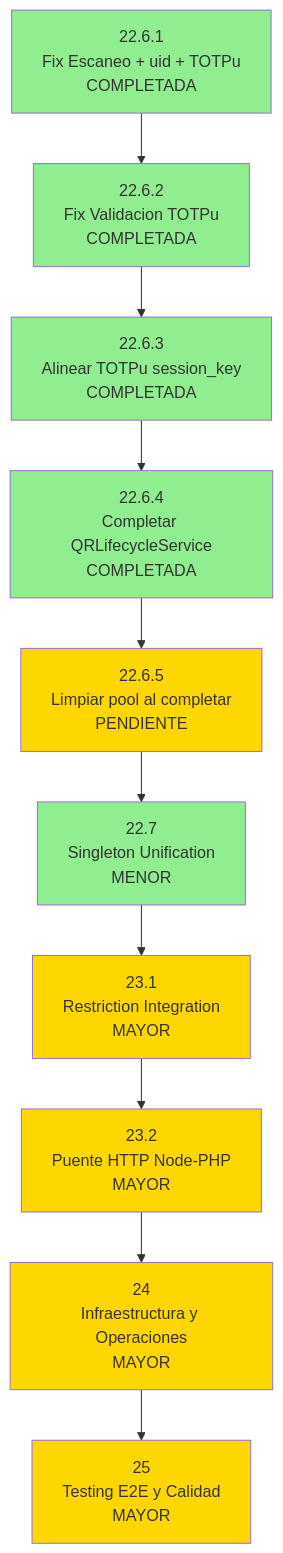
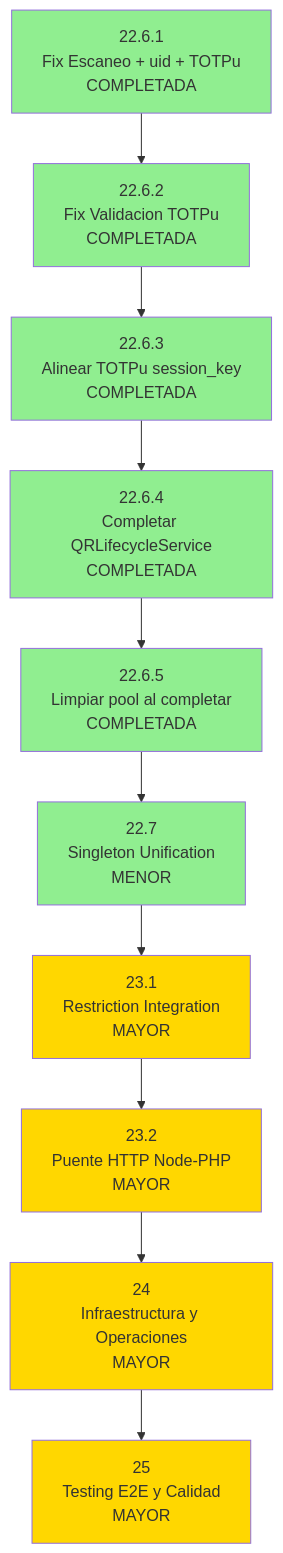
The diagram in ROADMAP.md (Ragnarsss/capstone-backend), drawn with Mermaid before and after one commit. The commit also changed other lines of this file and 4 other files, not shown here.

First line of the commit message:
feat(attendance): limpiar pool al completar asistencia

````diff
--- a/ROADMAP.md
+++ b/ROADMAP.md
@@ -59,34 +59,34 @@
 ```mermaid
 flowchart TB
     P0[22.6.1<br/>Fix Escaneo + uid + TOTPu<br/>COMPLETADA]
     P1[22.6.2<br/>Fix Validacion TOTPu<br/>COMPLETADA]
     P1_1[22.6.3<br/>Alinear TOTPu session_key<br/>COMPLETADA]
     P1_2[22.6.4<br/>Completar QRLifecycleService<br/>COMPLETADA]
-    P1_3[22.6.5<br/>Limpiar pool al completar<br/>PENDIENTE]
+    P1_3[22.6.5<br/>Limpiar pool al completar<br/>COMPLETADA]
     P2[22.7<br/>Singleton Unification<br/>MENOR]
     P3[23.1<br/>Restriction Integration<br/>MAYOR]
     P4[23.2<br/>Puente HTTP Node-PHP<br/>MAYOR]
     P5[24<br/>Infraestructura y Operaciones<br/>MAYOR]
     P6[25<br/>Testing E2E y Calidad<br/>MAYOR]
     
     P0 --> P1
     P1 --> P1_1
     P1_1 --> P1_2
     P1_2 --> P1_3
     P1_3 --> P2
     P2 --> P3
     P3 --> P4
     P4 --> P5
     P5 --> P6
 
     style P0 fill:#90EE90
     style P1 fill:#90EE90
     style P1_1 fill:#90EE90
     style P1_2 fill:#90EE90
-    style P1_3 fill:#FFD700
+    style P1_3 fill:#90EE90
     style P2 fill:#90EE90
     style P3 fill:#FFD700
     style P4 fill:#FFD700
     style P5 fill:#FFD700
     style P6 fill:#FFD700
 ```
````
